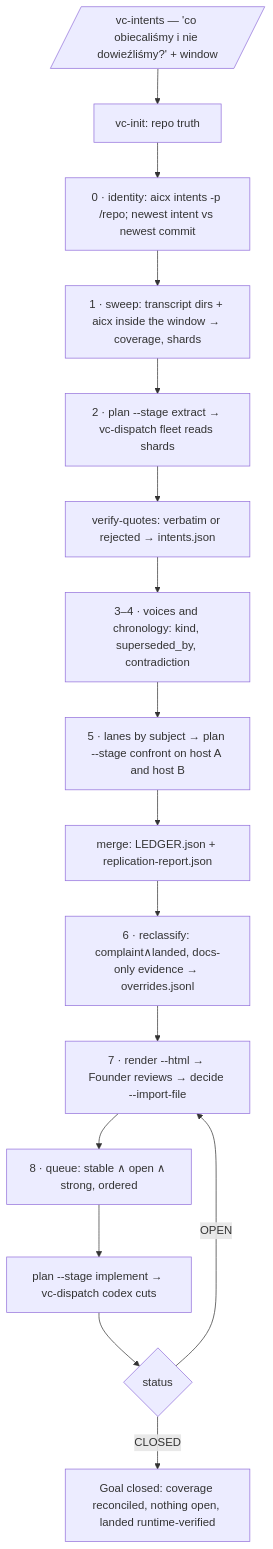
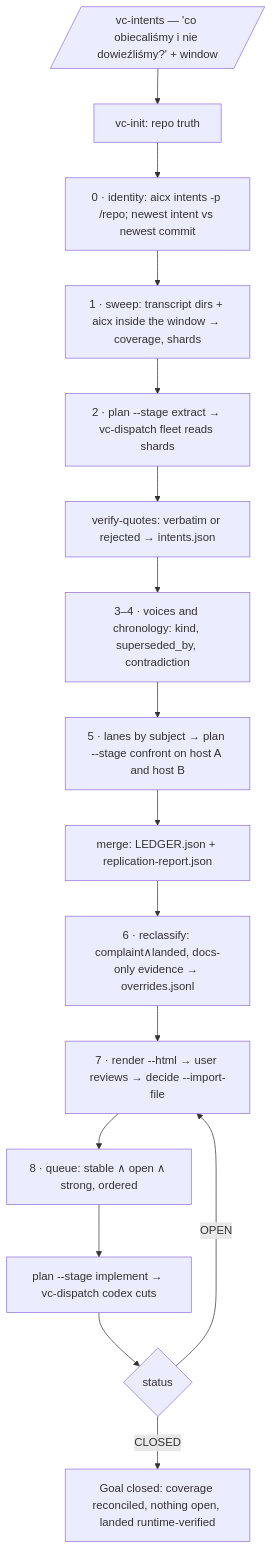
One commit to vetcoders/vibecrafted changed the diagram in vibecrafted-core/vibecrafted_core/skills/vc-intents/FLOW.md. Above: the diagram before and after it, drawn with Mermaid. The commit also changed other lines of this file and 24 other files, not shown here.

````diff
--- a/vibecrafted-core/vibecrafted_core/skills/vc-intents/FLOW.md
+++ b/vibecrafted-core/vibecrafted_core/skills/vc-intents/FLOW.md
@@ -5,18 +5,18 @@
 ```mermaid
 flowchart TD
     A[/vc-intents — 'co obiecaliśmy i nie dowieźliśmy?' + window/] --> B[vc-init: repo truth]
     B --> C[0 · identity: aicx intents -p /repo; newest intent vs newest commit]
     C --> D[1 · sweep: transcript dirs + aicx inside the window → coverage, shards]
     D --> E[2 · plan --stage extract → vc-dispatch fleet reads shards]
     E --> F[verify-quotes: verbatim or rejected → intents.json]
     F --> G[3–4 · voices and chronology: kind, superseded_by, contradiction]
     G --> H[5 · lanes by subject → plan --stage confront on host A and host B]
     H --> I[merge: LEDGER.json + replication-report.json]
     I --> J[6 · reclassify: complaint∧landed, docs-only evidence → overrides.jsonl]
-    J --> K[7 · render --html → Founder reviews → decide --import-file]
+    J --> K[7 · render --html → user reviews → decide --import-file]
     K --> L[8 · queue: stable ∧ open ∧ strong, ordered]
     L --> M[plan --stage implement → vc-dispatch codex cuts]
     M --> N{status}
     N -->|OPEN| K
     N -->|CLOSED| O[Goal closed: coverage reconciled, nothing open, landed runtime-verified]
 ```
````
